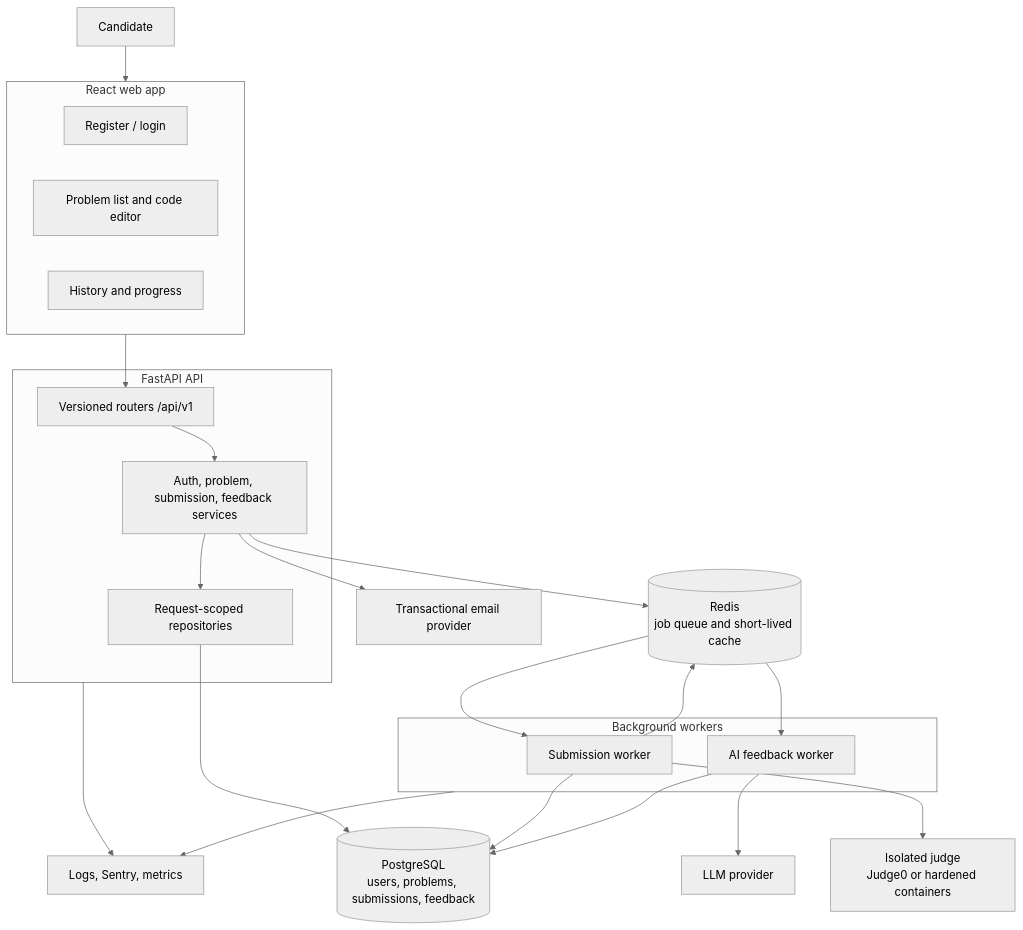
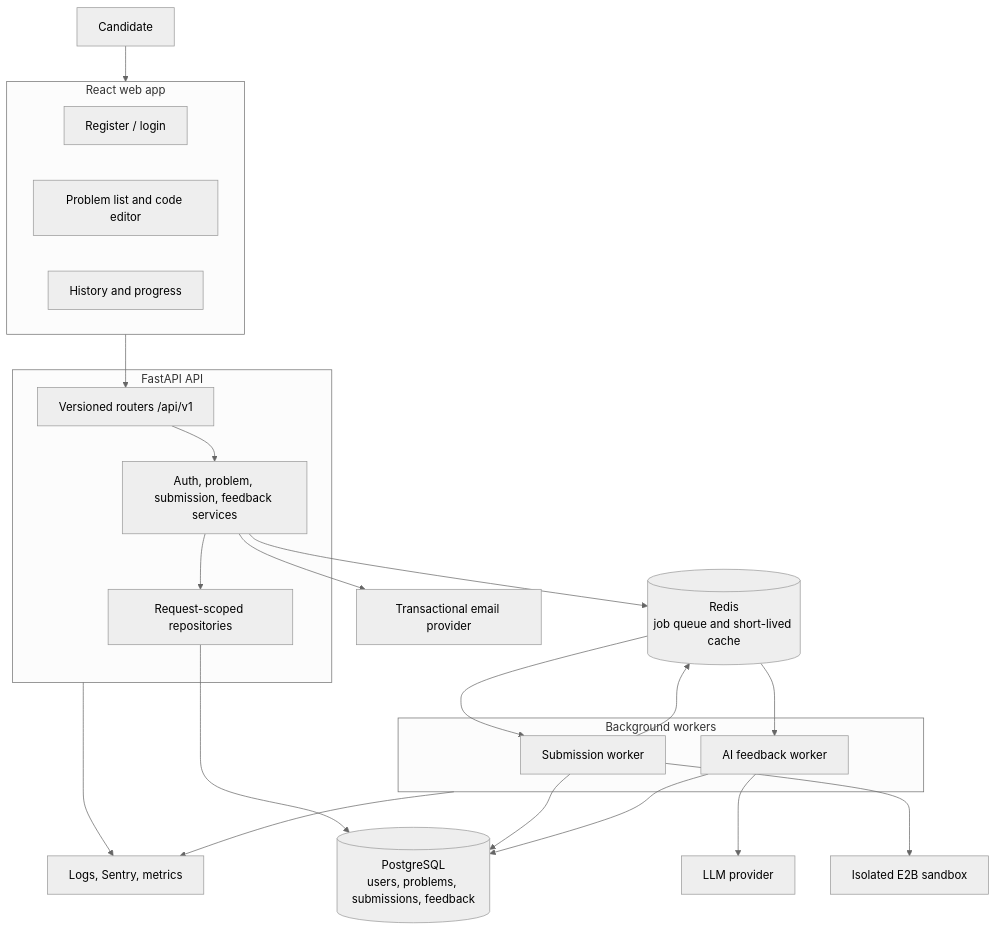
One commit to maahasghar/AI-Powered-Technical-Interview-Prep-Platform changed the third of 4 diagrams in docs/PROJECT_GUIDE.md. Above: the diagram before and after it, drawn with Mermaid (neutral theme). The commit also changed other lines of this file and 17 other files, not shown here.

````diff
--- a/docs/PROJECT_GUIDE.md
+++ b/docs/PROJECT_GUIDE.md
@@ -170,40 +170,40 @@
 ```mermaid
 flowchart TB
     USER[Candidate]
 
     subgraph WEB[React web app]
         AUTHUI[Register / login]
         PRACTICE[Problem list and code editor]
         DASH[History and progress]
     end
 
     subgraph APIAPP[FastAPI API]
         ROUTES[Versioned routers /api/v1]
         SERVICES[Auth, problem, submission, feedback services]
         REPOS[Request-scoped repositories]
     end
 
     PG[(PostgreSQL\nusers, problems, submissions, feedback)]
     QUEUE[(Redis\njob queue and short-lived cache)]
 
     subgraph WORKERS[Background workers]
         JUDGEWORKER[Submission worker]
         AIWORKER[AI feedback worker]
     end
 
-    SANDBOX[Isolated judge\nJudge0 or hardened containers]
+    SANDBOX[Isolated E2B sandbox]
     LLM[LLM provider]
     EMAIL[Transactional email provider]
     OBS[Logs, Sentry, metrics]
 
     USER --> WEB --> ROUTES
     ROUTES --> SERVICES --> REPOS --> PG
     SERVICES --> QUEUE
     QUEUE --> JUDGEWORKER --> SANDBOX
     JUDGEWORKER --> PG
     JUDGEWORKER --> QUEUE --> AIWORKER --> LLM
     AIWORKER --> PG
     SERVICES --> EMAIL
     APIAPP --> OBS
     WORKERS --> OBS
 ```
````
